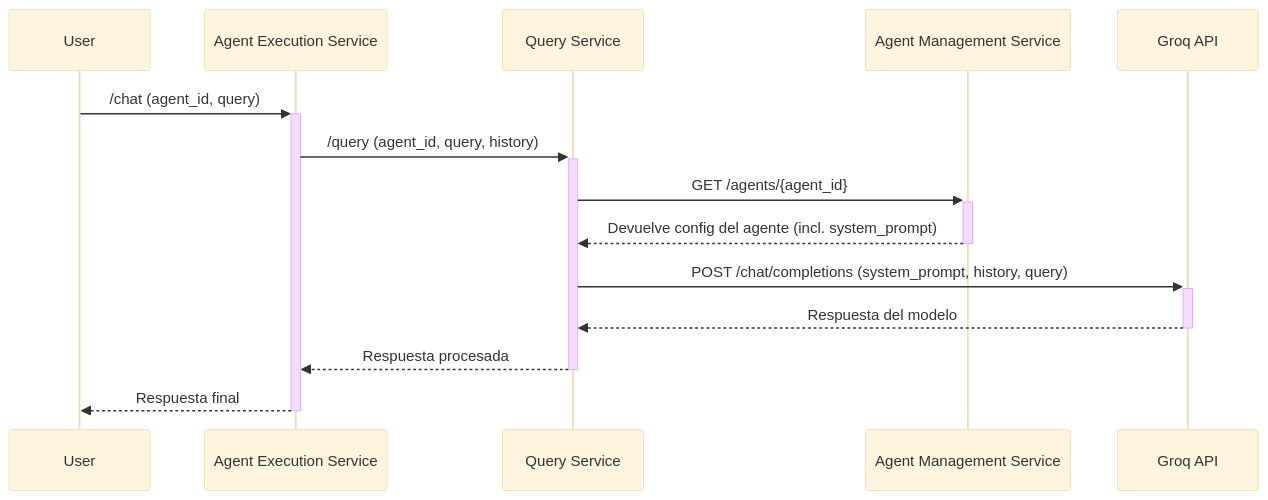
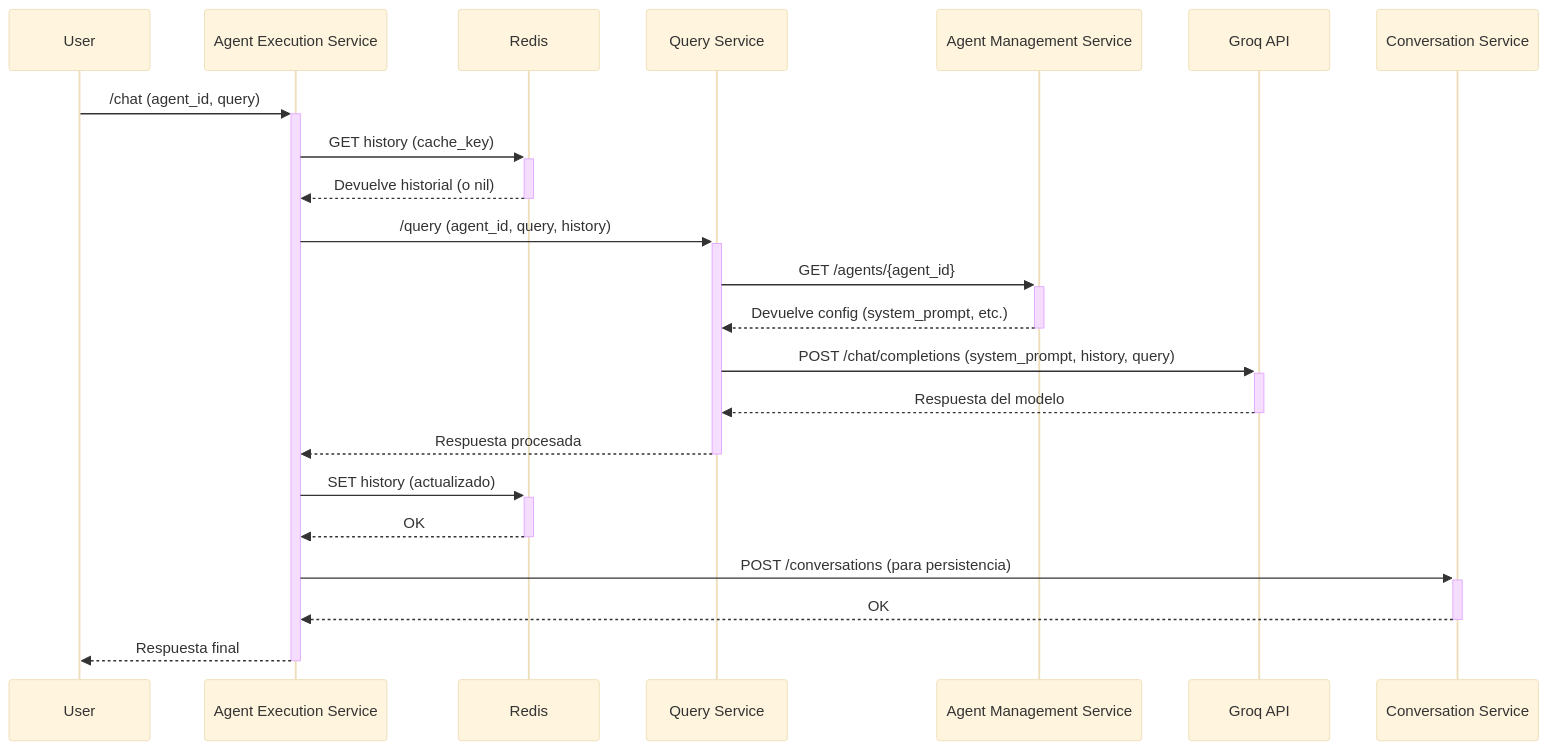
One commit to kkvrivishvili/nooble4 changed the diagram in analisis_system_prompt_flow.md. Above: the diagram before and after it, drawn with Mermaid (base theme). The commit also changed other lines of this file and 1 other file, not shown here.

````diff
--- a/analisis_system_prompt_flow.md
+++ b/analisis_system_prompt_flow.md
@@ -31,17 +31,25 @@
 ```mermaid
 sequenceDiagram
     participant User
     participant AES as Agent Execution Service
+    participant Redis
     participant QS as Query Service
     participant AMS as Agent Management Service
     participant LLM as Groq API
+    participant CS as Conversation Service
 
     User->>+AES: /chat (agent_id, query)
+    AES->>+Redis: GET history (cache_key)
+    Redis-->>-AES: Devuelve historial (o nil)
     AES->>+QS: /query (agent_id, query, history)
     QS->>+AMS: GET /agents/{agent_id}
-    AMS-->>-QS: Devuelve config del agente (incl. system_prompt)
+    AMS-->>-QS: Devuelve config (system_prompt, etc.)
     QS->>+LLM: POST /chat/completions (system_prompt, history, query)
     LLM-->>-QS: Respuesta del modelo
     QS-->>-AES: Respuesta procesada
+    AES->>+Redis: SET history (actualizado)
+    Redis-->>-AES: OK
+    AES->>+CS: POST /conversations (para persistencia)
+    CS-->>-AES: OK
     AES-->>-User: Respuesta final
 ```
````
